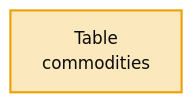
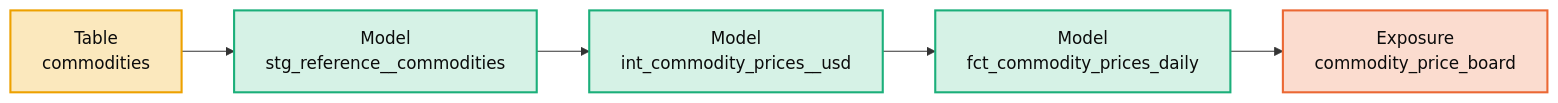
One commit to Atomz-org/data-platform changed the second of 3 diagrams in groups/commodity/projects/commodity-india/kg/architecture.md. Above: the diagram before and after it, drawn with Mermaid. The commit also changed other lines of this file and 8 other files, not shown here.

First line of the commit message:
Regenerate the nine maps from a graph that was actually built

````diff
--- a/groups/commodity/projects/commodity-india/kg/architecture.md
+++ b/groups/commodity/projects/commodity-india/kg/architecture.md
@@ -54,6 +54,12 @@
 ```mermaid
 flowchart LR
     X0["Table<br/>commodities"]:::raw
-    X0
+    X1["Model<br/>stg_reference__commodities"]:::model
+    X2["Model<br/>int_commodity_prices__usd"]:::model
+    X3["Model<br/>fct_commodity_prices_daily"]:::model
+    X4["Exposure<br/>commodity_price_board"]:::exposure
+    X0 --> X1 --> X2 --> X3 --> X4
+    classDef exposure fill:#fbdccf,stroke:#eb6834,stroke-width:2px,color:#0b0b0b
+    classDef model fill:#d6f2e6,stroke:#1baf7a,stroke-width:2px,color:#0b0b0b
     classDef raw fill:#fbe8bd,stroke:#eda100,stroke-width:2px,color:#0b0b0b
 ```
````
